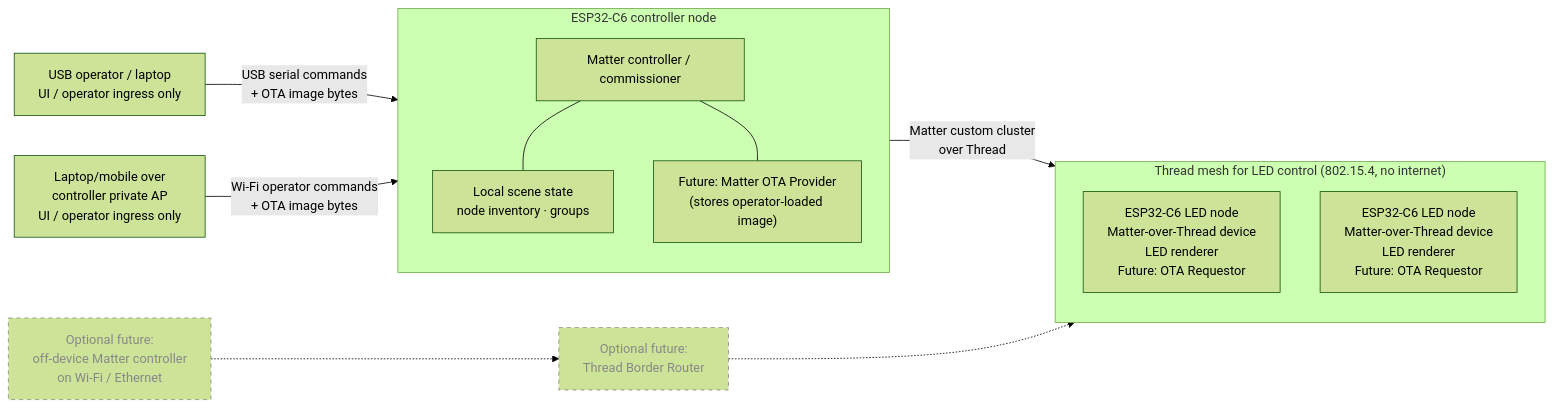
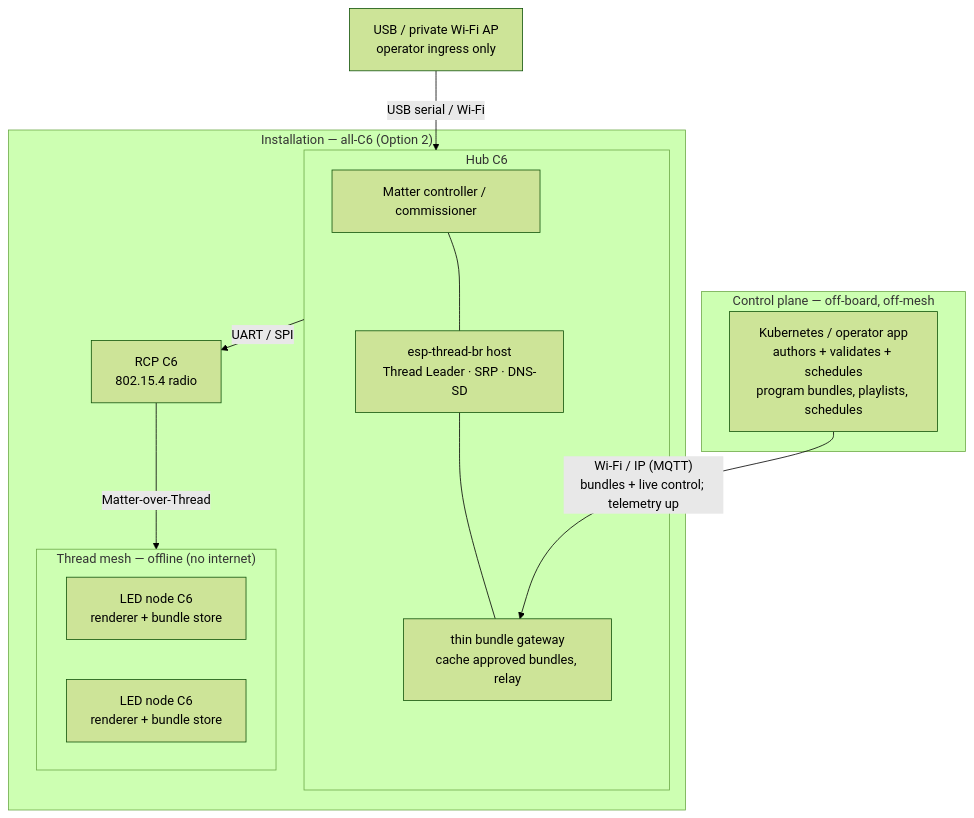
Before and after one commit to yaminsadik/led-orchestra: the diagram in docs/architecture.md, drawn with Mermaid (forest theme). The commit also changed other lines of this file and 14 other files, not shown here.

First line of the commit message:
Lock in validation-gated controller/border-router topology

````diff
--- a/docs/architecture.md
+++ b/docs/architecture.md
@@ -64,29 +100,28 @@
 ```mermaid
-flowchart LR
-    laptop["USB operator / laptop<br/>UI / operator ingress only"]
-    mobile["Laptop/mobile over<br/>controller private AP<br/>UI / operator ingress only"]
-
-    subgraph controller["ESP32-C6 controller node"]
-        ctrl["Matter controller / commissioner"]
-        state["Local scene state<br/>node inventory · groups"]
-        prov["Future: Matter OTA Provider<br/>(stores operator-loaded image)"]
+flowchart TB
+    subgraph cp["Control plane — off-board, off-mesh"]
+        k8s["Kubernetes / operator app<br/>authors + validates + schedules<br/>program bundles, playlists, schedules"]
     end
 
-    subgraph mesh["Thread mesh for LED control (802.15.4, no internet)"]
-        led1["ESP32-C6 LED node<br/>Matter-over-Thread device<br/>LED renderer<br/>Future: OTA Requestor"]
-        led2["ESP32-C6 LED node<br/>Matter-over-Thread device<br/>LED renderer<br/>Future: OTA Requestor"]
+    subgraph site["Installation — all-C6 (Option 2)"]
+        subgraph hub["Hub C6"]
+            ctrl["Matter controller / commissioner"]
+            br["esp-thread-br host<br/>Thread Leader · SRP · DNS-SD"]
+            gw["thin bundle gateway<br/>cache approved bundles, relay"]
+        end
+        rcp["RCP C6<br/>802.15.4 radio"]
+
+        subgraph mesh["Thread mesh — offline (no internet)"]
+            led1["LED node C6<br/>renderer + bundle store"]
+            led2["LED node C6<br/>renderer + bundle store"]
+        end
     end
 
-    laptop -- "USB serial commands<br/>+ OTA image bytes" --> controller
-    mobile -- "Wi-Fi operator commands<br/>+ OTA image bytes" --> controller
-    controller -- "Matter custom cluster<br/>over Thread" --> mesh
-    ctrl --- state
-    ctrl --- prov
+    laptop["USB / private Wi-Fi AP<br/>operator ingress only"]
 
-    %% Optional future architecture only — NOT a Phase 3 requirement
-    tbr["Optional future:<br/>Thread Border Router"]:::optional
-    extctrl["Optional future:<br/>off-device Matter controller<br/>on Wi-Fi / Ethernet"]:::optional
-    extctrl -.-> tbr -.-> mesh
-
-    classDef optional stroke-dasharray: 5 5,color:#888,stroke:#888;
+    k8s -- "Wi-Fi / IP (MQTT)<br/>bundles + live control; telemetry up" --> gw
+    laptop -- "USB serial / Wi-Fi" --> hub
+    hub -- "UART / SPI" --> rcp
+    rcp -- "Matter-over-Thread" --> mesh
+    ctrl --- br --- gw
 ```
````
